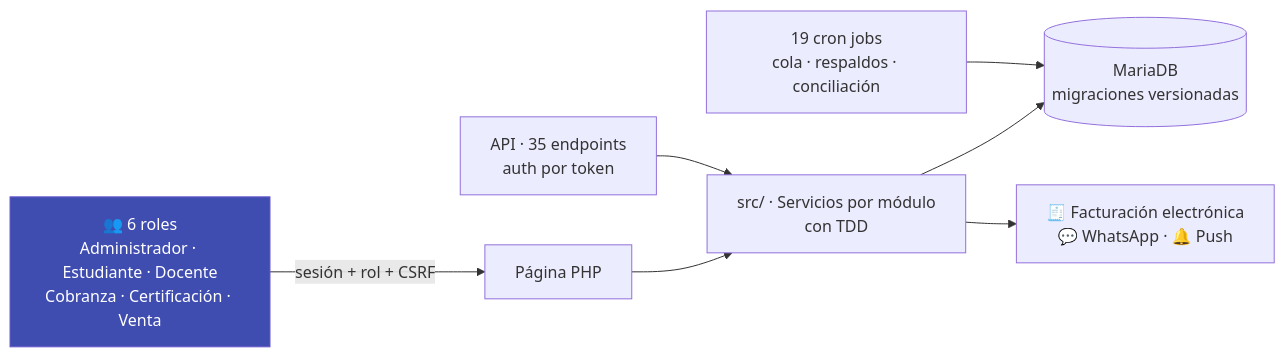
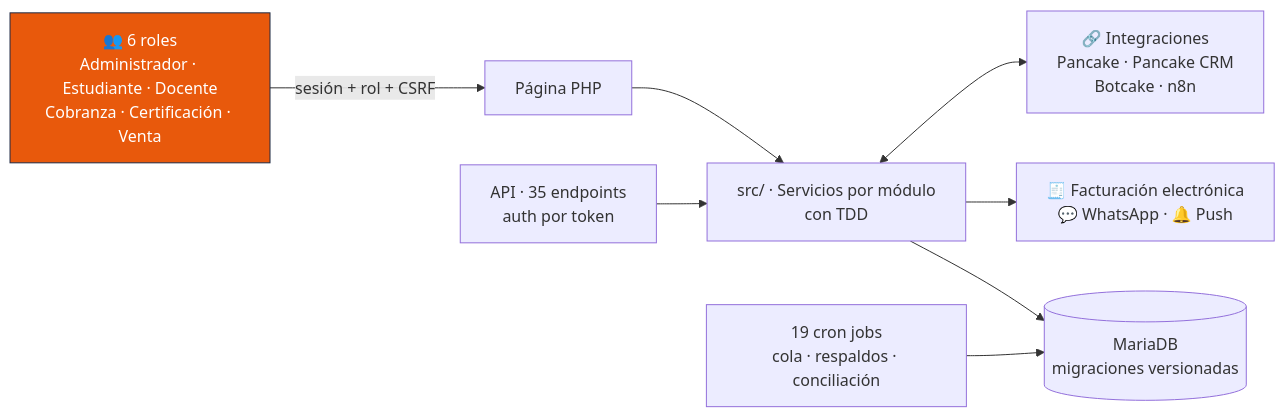
The first of 6 diagrams in README.md (Alessandro-BS/Alessandro-BS), drawn with Mermaid before and after one commit. The commit also changed other lines of this file, not shown here.

Commit message:
feat(perfil): estilo ingenieria, datos e IA e integraciones

````diff
--- a/README.md
+++ b/README.md
@@ -65,11 +69,12 @@
 ```mermaid
 flowchart LR
     R["👥 6 roles<br/>Administrador · Estudiante · Docente<br/>Cobranza · Certificación · Venta"]:::r
     R -->|sesión + rol + CSRF| P[Página PHP]
     P --> S["src/ · Servicios por módulo<br/>con TDD"]
     S --> DB[(MariaDB<br/>migraciones versionadas)]
     API["API · 35 endpoints<br/>auth por token"] --> S
     CRON["19 cron jobs<br/>cola · respaldos · conciliación"] --> DB
     S --> EXT["🧾 Facturación electrónica<br/>💬 WhatsApp · 🔔 Push"]
-    classDef r fill:#404db0,color:#fff,stroke:#6a5acd
+    S <--> INT["🔗 Integraciones<br/>Pancake · Pancake CRM<br/>Botcake · n8n"]
+    classDef r fill:#e8590c,color:#fff,stroke:#1f2a44
 ```
````
